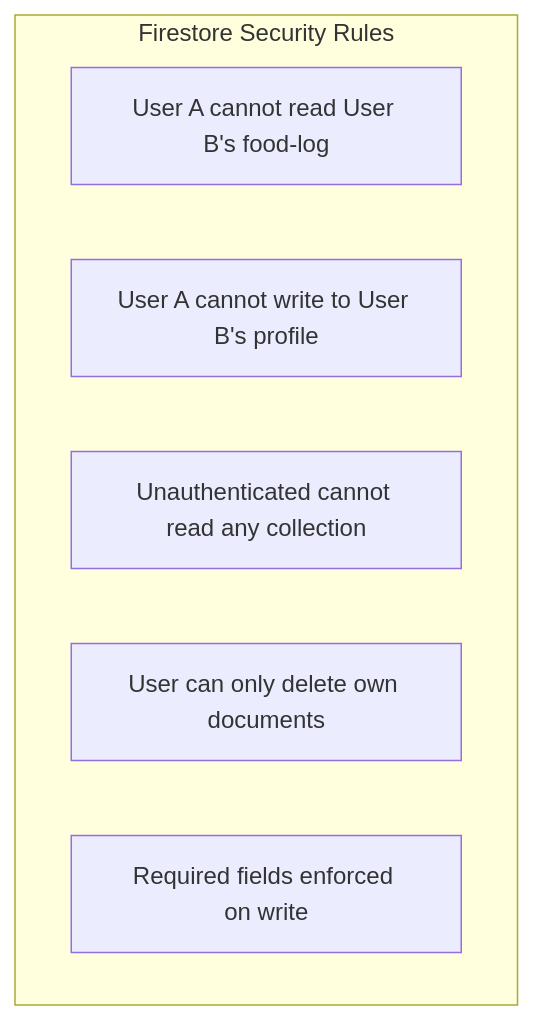
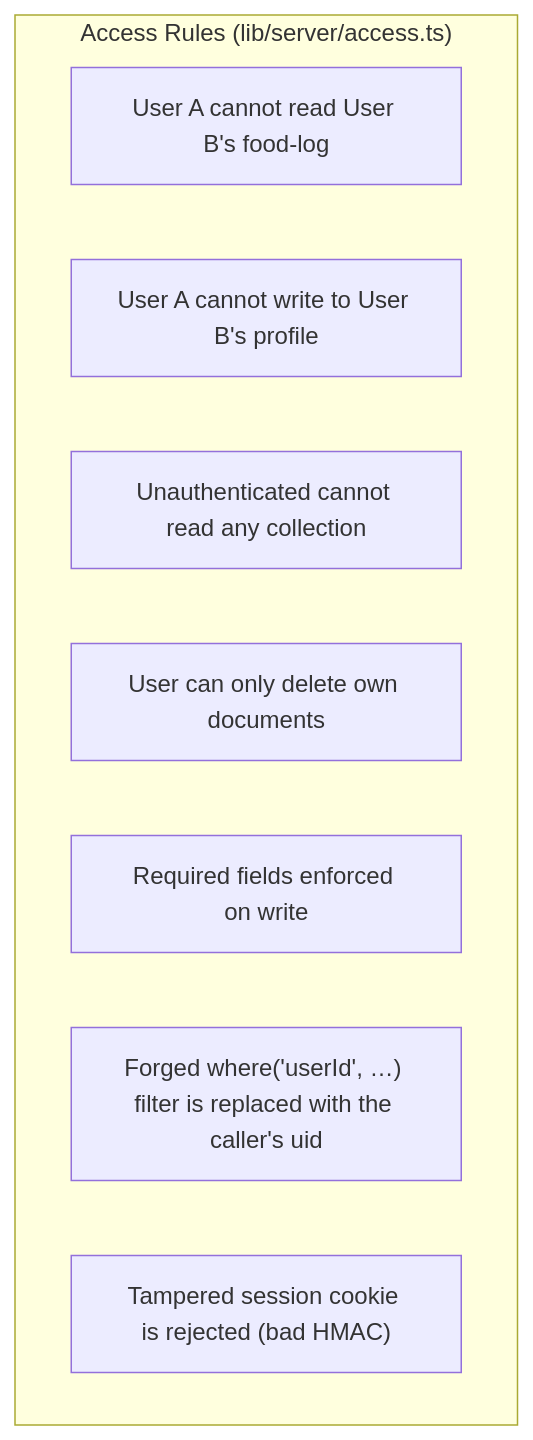
Before and after one commit to knotking/healthgeek: the fourth of 5 diagrams in docs/testing/README.md, drawn with Mermaid. The commit also changed other lines of this file and 67 other files, not shown here.

````diff
--- a/docs/testing/README.md
+++ b/docs/testing/README.md
@@ -133,10 +133,12 @@
 ```mermaid
 graph TD
-    subgraph SecurityTests ["Firestore Security Rules"]
+    subgraph SecurityTests ["Access Rules (lib/server/access.ts)"]
         S1["User A cannot read User B's food-log"]
         S2["User A cannot write to User B's profile"]
         S3["Unauthenticated cannot read any collection"]
         S4["User can only delete own documents"]
         S5["Required fields enforced on write"]
+        S6["Forged where('userId', …) filter is replaced with the caller's uid"]
+        S7["Tampered session cookie is rejected (bad HMAC)"]
     end
 ```
````
